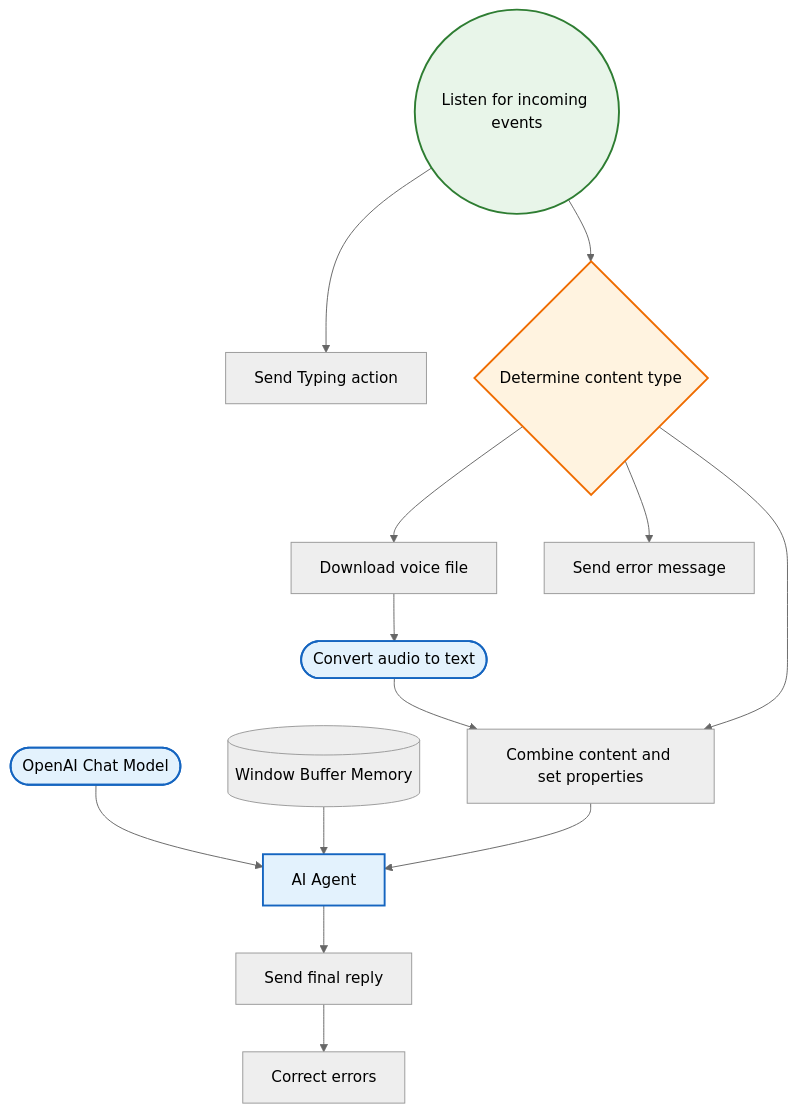
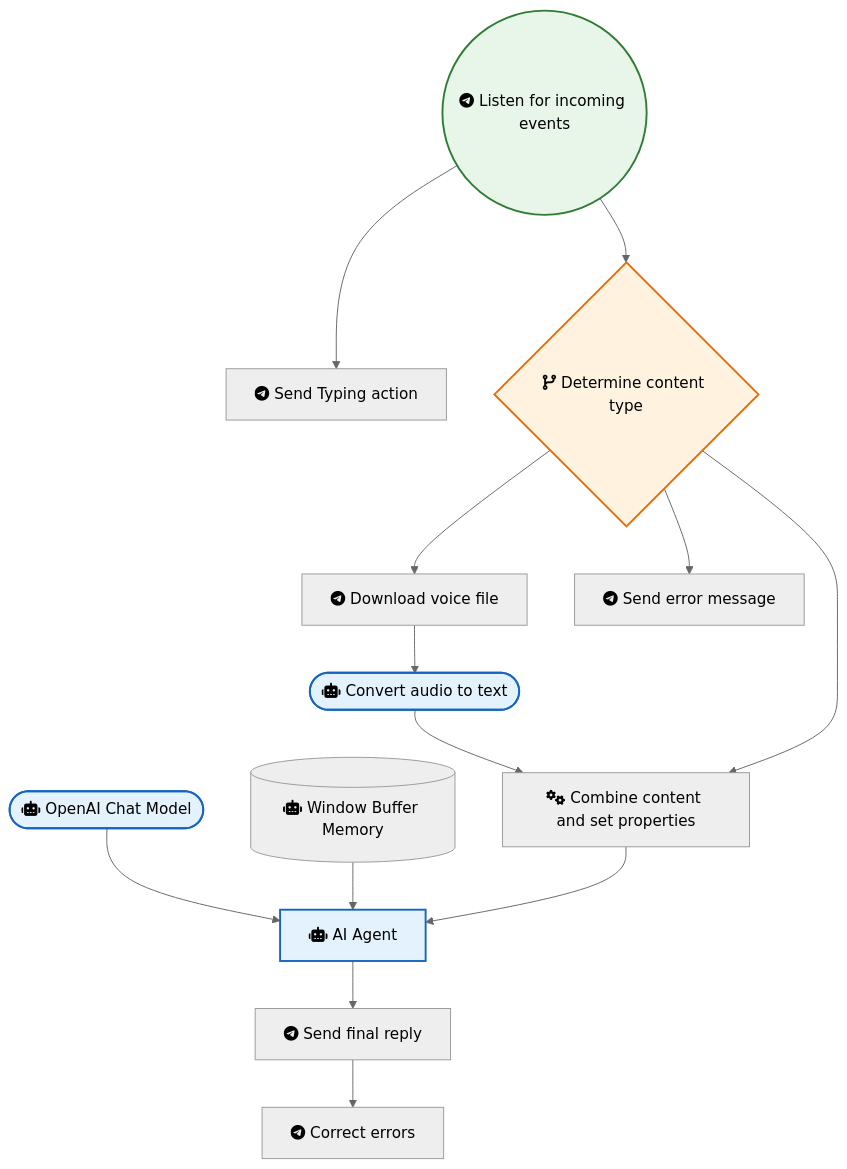
One commit to sreyash3105/N8N-DEMO-AUTOMATIONS changed the diagram in Telegram/Telegram Ai Multi-format Chatbot.md. Above: the diagram before and after it, drawn with Mermaid (neutral theme). The commit also changed 291 other files, not shown here.

````diff
--- a/Telegram/Telegram Ai Multi-format Chatbot.md
+++ b/Telegram/Telegram Ai Multi-format Chatbot.md
@@ -1,32 +1,32 @@
 ```mermaid
 graph TD
     classDef trigger fill:#e8f5e9,stroke:#2e7d32,stroke-width:2px;
     classDef ai fill:#e3f2fd,stroke:#1565c0,stroke-width:2px;
     classDef logic fill:#fff3e0,stroke:#ef6c00,stroke-width:2px;
 
-    OpenAI_Chat_Model(["OpenAI Chat Model"]):::ai
-    Window_Buffer_Memory[("Window Buffer Memory")]
-    Correct_errors["Correct errors"]
-    Listen_for_incoming_events(("Listen for incoming events")):::trigger
-    Download_voice_file["Download voice file"]
-    Combine_content_and_set_properties["Combine content and set properties"]
-    Send_final_reply["Send final reply"]
-    Send_error_message["Send error message"]
-    Convert_audio_to_text(["Convert audio to text"]):::ai
-    Send_Typing_action["Send Typing action"]
-    AI_Agent["AI Agent"]:::ai
-    Determine_content_type{"Determine content type"}:::logic
+    OpenAI_Chat_Model(["fas:fa-robot OpenAI Chat Model"]):::ai
+    Window_Buffer_Memory[("fas:fa-robot Window Buffer Memory")]
+    Correct_errors["fab:fa-telegram Correct errors"]
+    Listen_for_incoming_events(("fab:fa-telegram Listen for incoming events")):::trigger
+    Download_voice_file["fab:fa-telegram Download voice file"]
+    Combine_content_and_set_properties["fas:fa-cogs Combine content and set properties"]
+    Send_final_reply["fab:fa-telegram Send final reply"]
+    Send_error_message["fab:fa-telegram Send error message"]
+    Convert_audio_to_text(["fas:fa-robot Convert audio to text"]):::ai
+    Send_Typing_action["fab:fa-telegram Send Typing action"]
+    AI_Agent["fas:fa-robot AI Agent"]:::ai
+    Determine_content_type{"fas:fa-code-branch Determine content type"}:::logic
 
     AI_Agent --> Send_final_reply
     Send_final_reply --> Correct_errors
     OpenAI_Chat_Model --> AI_Agent
     Download_voice_file --> Convert_audio_to_text
     Window_Buffer_Memory --> AI_Agent
     Convert_audio_to_text --> Combine_content_and_set_properties
     Determine_content_type --> Combine_content_and_set_properties
     Determine_content_type --> Download_voice_file
     Determine_content_type --> Send_error_message
     Listen_for_incoming_events --> Determine_content_type
     Listen_for_incoming_events --> Send_Typing_action
     Combine_content_and_set_properties --> AI_Agent
 ```
````
